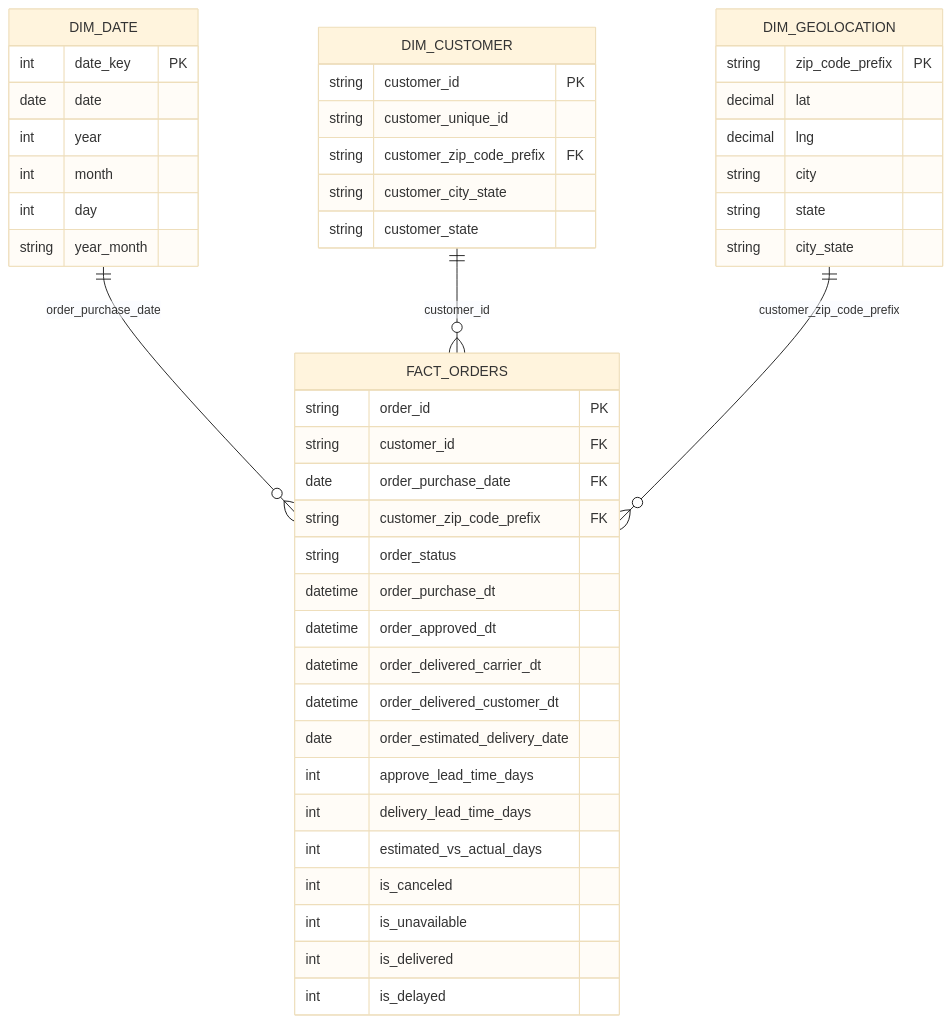
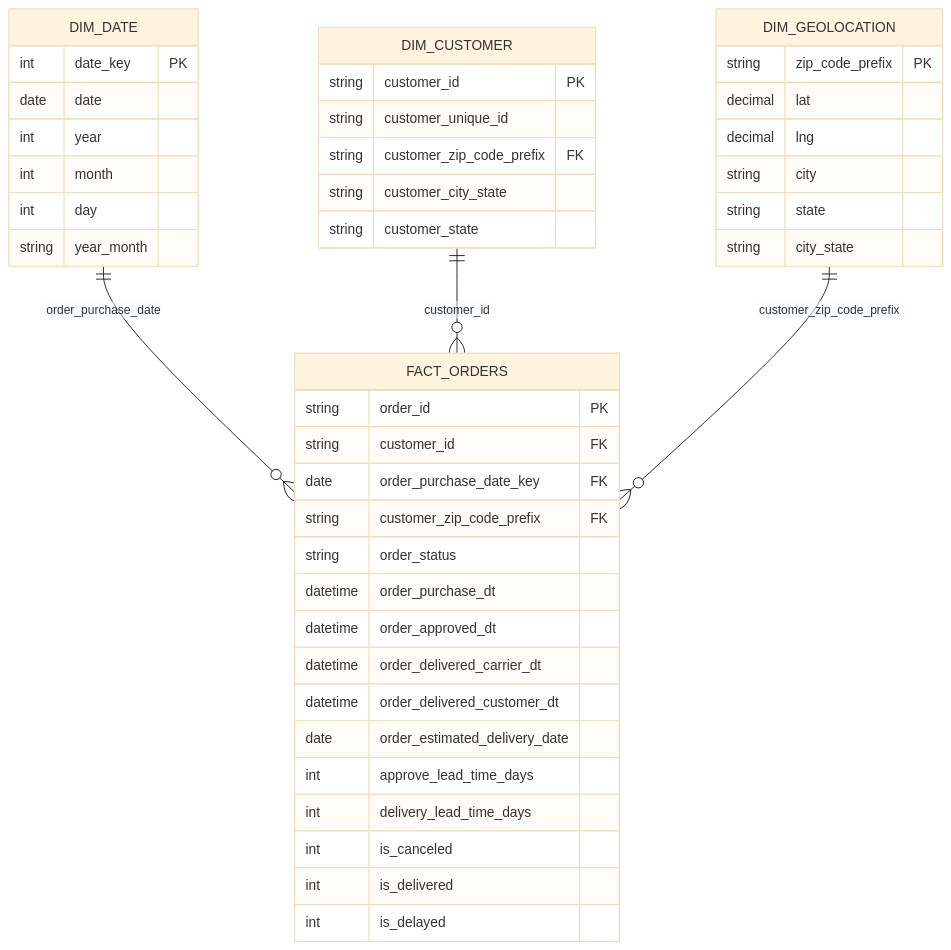
The second of 2 diagrams in 01_docs/Data_mart_design.md (LDomeenik/Olist_SQL_Data_Service), drawn with Mermaid (base theme) before and after one commit. The commit also changed other lines of this file and 4 other files, not shown here.

````diff
--- a/01_docs/Data_mart_design.md
+++ b/01_docs/Data_mart_design.md
@@ -384,63 +383,61 @@
 ```mermaid
 erDiagram
   FACT_ORDERS {
     %% Grain: (order_id)
     string  order_id PK
 
     %% FK
     string  customer_id FK
-    date    order_purchase_date FK
+    date    order_purchase_date_key FK
     string  customer_zip_code_prefix FK
 
     %% Status / Timestamps
     string  order_status
     datetime order_purchase_dt
     datetime order_approved_dt
     datetime order_delivered_carrier_dt
     datetime order_delivered_customer_dt
     date     order_estimated_delivery_date
 
     %% Derived Metrics (Logic in ETL)
     int     approve_lead_time_days
     int     delivery_lead_time_days
-    int     estimated_vs_actual_days
 
     %% Flags
     int     is_canceled
-    int     is_unavailable
     int     is_delivered
     int     is_delayed
   }
 
   DIM_DATE {
     int    date_key PK
     date   date
     int    year
     int    month
     int    day
     string year_month
   }
 
   DIM_CUSTOMER {
     string customer_id PK
     string customer_unique_id
     string customer_zip_code_prefix FK
     string customer_city_state
     string customer_state
   }
 
   DIM_GEOLOCATION {
     string zip_code_prefix PK
     decimal lat
     decimal lng
     string city
     string state
     string city_state
   }
 
   %% Relationships (Star Schema)
   DIM_DATE       ||--o{ FACT_ORDERS : "order_purchase_date"
   DIM_CUSTOMER   ||--o{ FACT_ORDERS : "customer_id"
   DIM_GEOLOCATION||--o{ FACT_ORDERS : "customer_zip_code_prefix"
 
 ```
````
